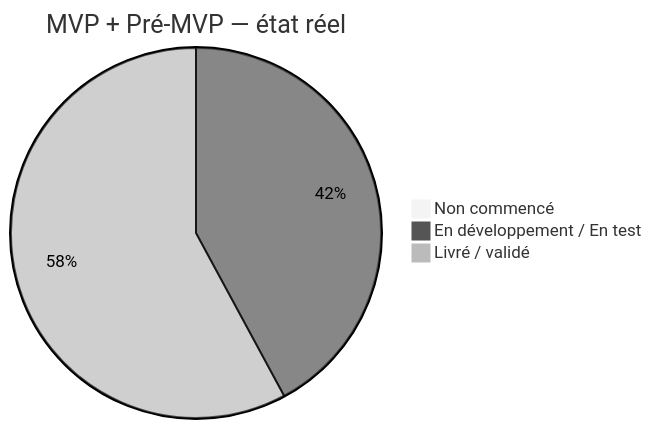
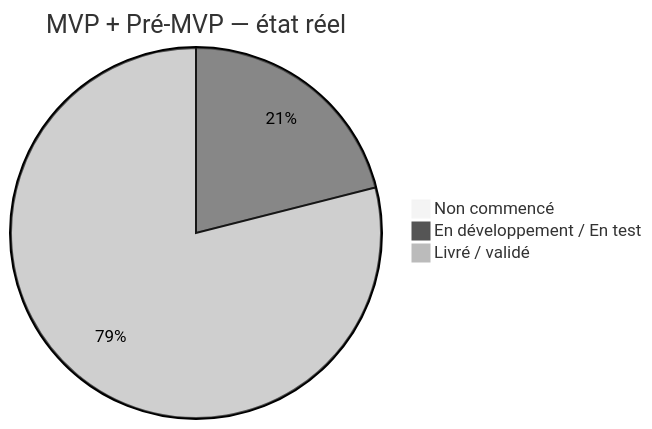
Before and after one commit to JavaChrist/Tai-Chi-AI-Coach: the first of 5 diagrams in docs/runtime/02_FEATURE_STATUS.md, drawn with Mermaid (neutral theme). The commit also changed other lines of this file and 45 other files, not shown here.

````diff
--- a/docs/runtime/02_FEATURE_STATUS.md
+++ b/docs/runtime/02_FEATURE_STATUS.md
@@ -140,6 +143,6 @@
 ```mermaid
 pie title MVP + Pré-MVP — état réel
   "Non commencé" : 0
-  "En développement / En test" : 8
-  "Livré / validé" : 11
+  "En développement / En test" : 4
+  "Livré / validé" : 15
 ```
````
